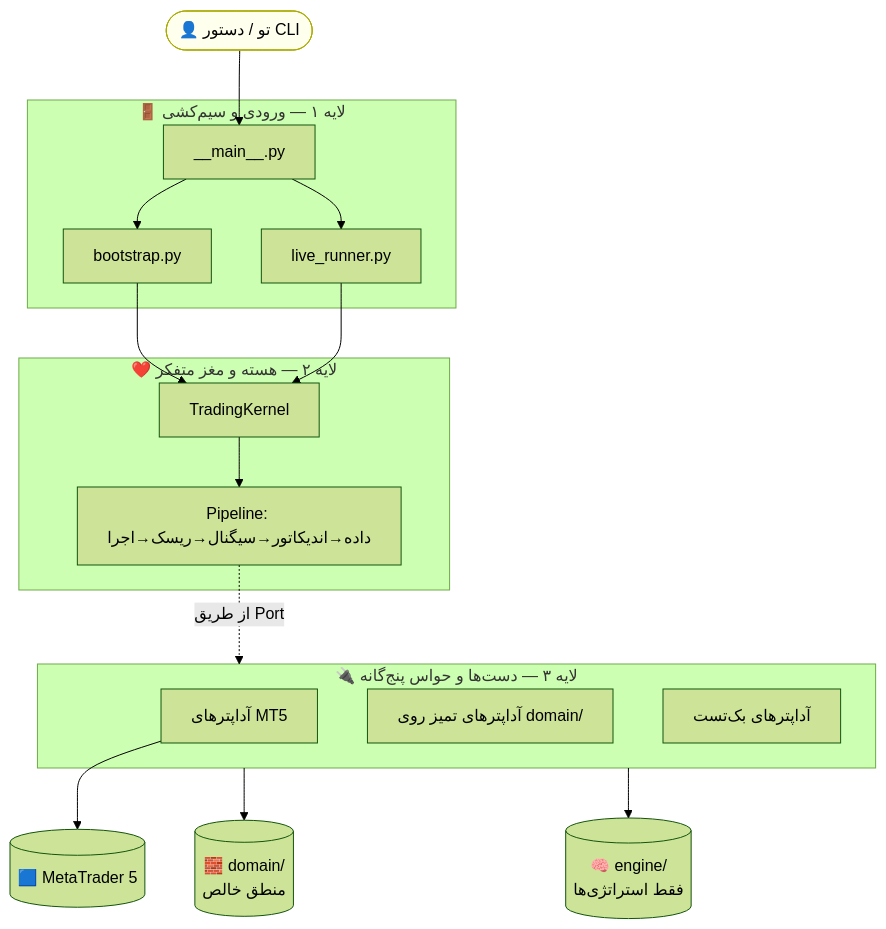
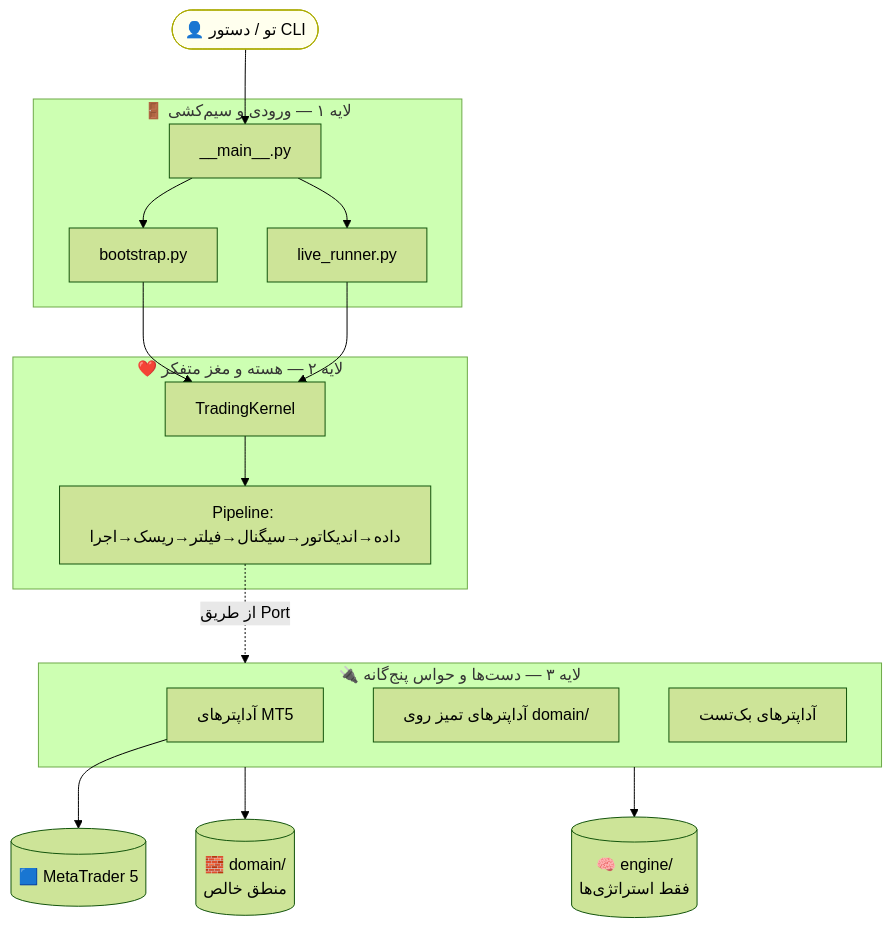
One commit to arasto007/trading-bot changed the first of 9 diagrams in docs/WHITEBOARD_FA.md. Above: the diagram before and after it, drawn with Mermaid (forest theme). The commit also changed other lines of this file and 171 other files, not shown here.

````diff
--- a/docs/WHITEBOARD_FA.md
+++ b/docs/WHITEBOARD_FA.md
@@ -16,33 +16,33 @@
 ```mermaid
 flowchart TB
     USER([👤 تو / دستور CLI]):::u --> ENTRY
 
     subgraph L1[🚪 لایه ۱ — ورودی و سیم‌کشی]
         ENTRY[__main__.py]
         BOOT[bootstrap.py]
         LIVE[live_runner.py]
         ENTRY --> BOOT & LIVE
     end
 
     subgraph L2[❤️ لایه ۲ — هسته و مغز متفکر]
         KERNEL[TradingKernel]
-        PIPE[Pipeline: داده→اندیکاتور→سیگنال→ریسک→اجرا]
+        PIPE[Pipeline: داده→اندیکاتور→سیگنال→فیلتر→ریسک→اجرا]
         KERNEL --> PIPE
     end
 
     subgraph L3[🔌 لایه ۳ — دست‌ها و حواس پنج‌گانه]
         MT5A[آداپترهای MT5]
         CLEANA[آداپترهای تمیز روی domain/]
         BTA[آداپترهای بک‌تست]
     end
 
     BOOT --> KERNEL
     LIVE --> KERNEL
     PIPE -. از طریق Port .-> L3
 
     L3 --> DOM[(🧱 domain/<br/>منطق خالص)]
     L3 --> ENGINE[(🧠 engine/<br/>فقط استراتژی‌ها)]
     MT5A --> MT5[(🟦 MetaTrader 5)]
 
     classDef u fill:#ffe,stroke:#aa0
 ```
````
